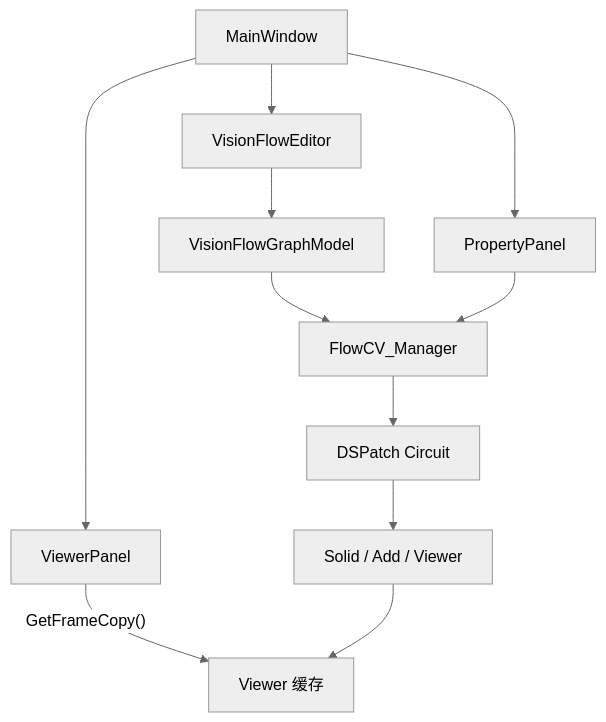
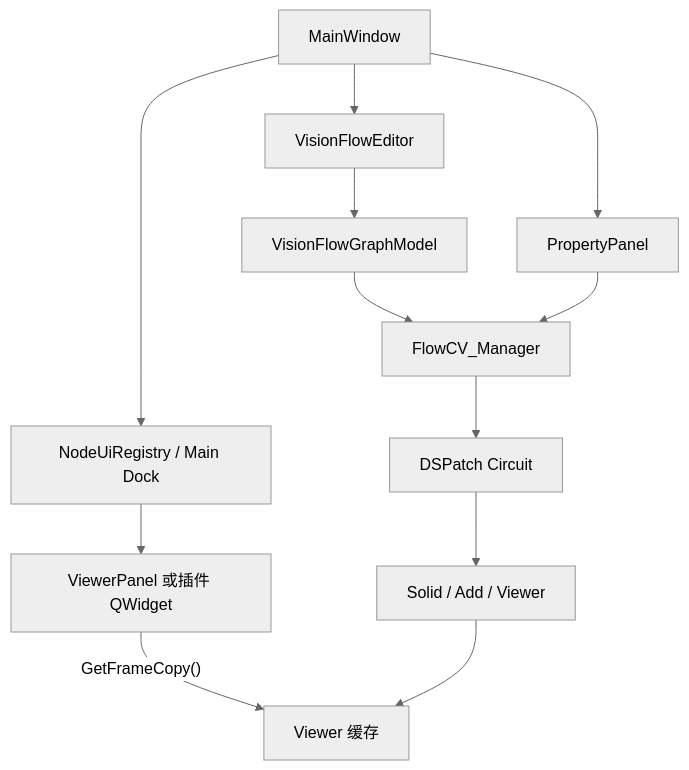
One commit to nooblegendliu/ComputerVisionFlow changed the diagram in docs/architecture.md. Above: the diagram before and after it, drawn with Mermaid (neutral theme). The commit also changed other lines of this file and 1586 other files, not shown here.

````diff
--- a/docs/architecture.md
+++ b/docs/architecture.md
@@ -22,13 +22,14 @@
 ```mermaid
 flowchart TD
     Main["MainWindow"] --> Editor["VisionFlowEditor"]
     Editor --> Model["VisionFlowGraphModel"]
     Main --> Properties["PropertyPanel"]
     Model --> Manager["FlowCV_Manager"]
     Properties --> Manager
     Manager --> Circuit["DSPatch Circuit"]
     Circuit --> Nodes["Solid / Add / Viewer"]
-    Main --> Preview["ViewerPanel"]
+    Main --> Registry["NodeUiRegistry / Main Dock"]
+    Registry --> Preview["ViewerPanel 或插件 QWidget"]
     Preview -->|"GetFrameCopy()"| Viewer["Viewer 缓存"]
     Nodes --> Viewer
 ```
````
